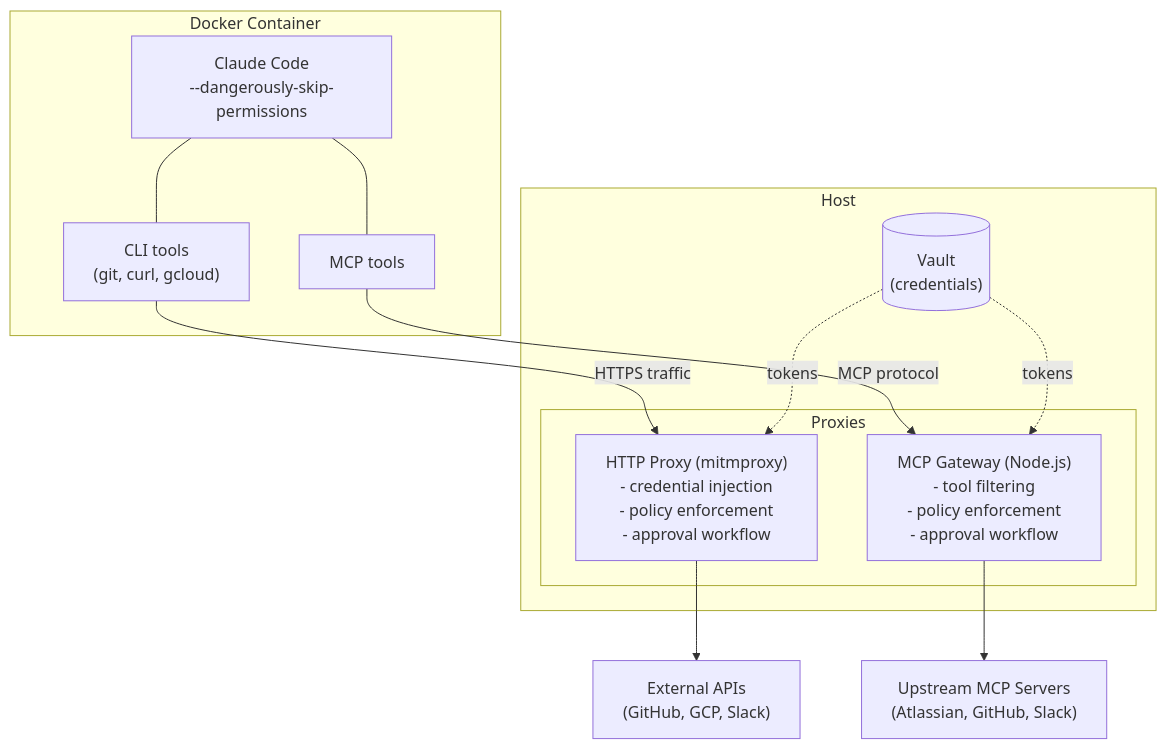
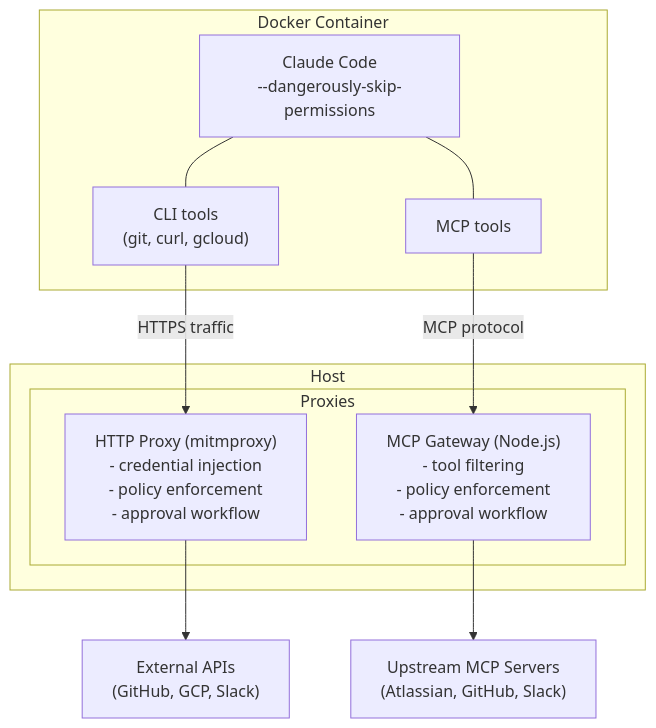
The diagram in README.md (gastonsalgado/agent-sandbox), drawn with Mermaid before and after one commit. The commit also changed other lines of this file and 16 other files, not shown here.

First line of the commit message:
Replace vault-based credentials with in-memory token providers

````diff
--- a/README.md
+++ b/README.md
@@ -15,27 +15,23 @@
 ```mermaid
 graph TD
     subgraph Container["Docker Container"]
         CC["Claude Code\n--dangerously-skip-permissions"]
         CLI["CLI tools\n(git, curl, gcloud)"]
         MCP["MCP tools"]
         CC --- CLI
         CC --- MCP
     end
 
     subgraph Host
         subgraph Proxies
             Proxy["HTTP Proxy (mitmproxy)\n- credential injection\n- policy enforcement\n- approval workflow"]
             Gateway["MCP Gateway (Node.js)\n- tool filtering\n- policy enforcement\n- approval workflow"]
         end
-        Vault[("Vault\n(credentials)")]
     end
 
     CLI -->|HTTPS traffic| Proxy
     MCP -->|MCP protocol| Gateway
 
-    Vault -.->|tokens| Proxy
-    Vault -.->|tokens| Gateway
-
     Proxy --> APIs["External APIs\n(GitHub, GCP, Slack)"]
     Gateway --> Upstreams["Upstream MCP Servers\n(Atlassian, GitHub, Slack)"]
 ```
````
